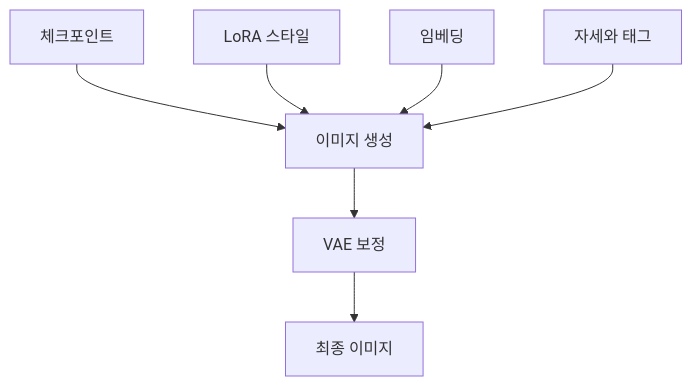
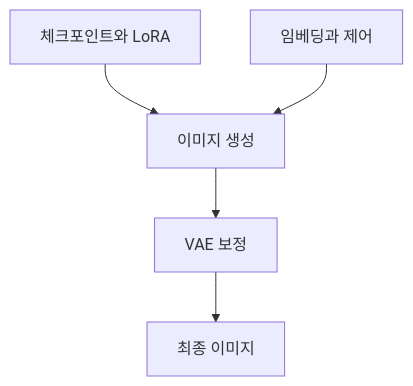
The first of 2 diagrams in ComputerScience/03_ai-ml-data/generative-ai-fine-tuning/notes/50. 이미지 LoRA 학습과 적용.md (umyunsang/edu), drawn with Mermaid before and after one commit. The commit also changed other lines of this file and 1 other file, not shown here.

Commit message:
Auto-save: Updated ComputerScience/03_ai-ml-data/generative-ai-fine-tuning/notes/46. 지시문 데이터와 대화 파인튜닝.md, ComputerScience/03_ai-ml-data/generative-ai-fine-tuning/notes/50. 이미지 LoRA 학습과 적용.md

````diff
--- a/ComputerScience/03_ai-ml-data/generative-ai-fine-tuning/notes/50. 이미지 LoRA 학습과 적용.md
+++ b/ComputerScience/03_ai-ml-data/generative-ai-fine-tuning/notes/50. 이미지 LoRA 학습과 적용.md
@@ -36,9 +36,7 @@
 ```mermaid
 flowchart TB
-    Checkpoint[체크포인트] --> Generate[이미지 생성]
-    LoRA[LoRA 스타일] --> Generate
-    Embed[임베딩] --> Generate
-    Control[자세와 태그] --> Generate
+    Base[체크포인트와 LoRA] --> Generate[이미지 생성]
+    Control[임베딩과 제어] --> Generate
     Generate --> VAE[VAE 보정]
     VAE --> Output[최종 이미지]
 ```
````
